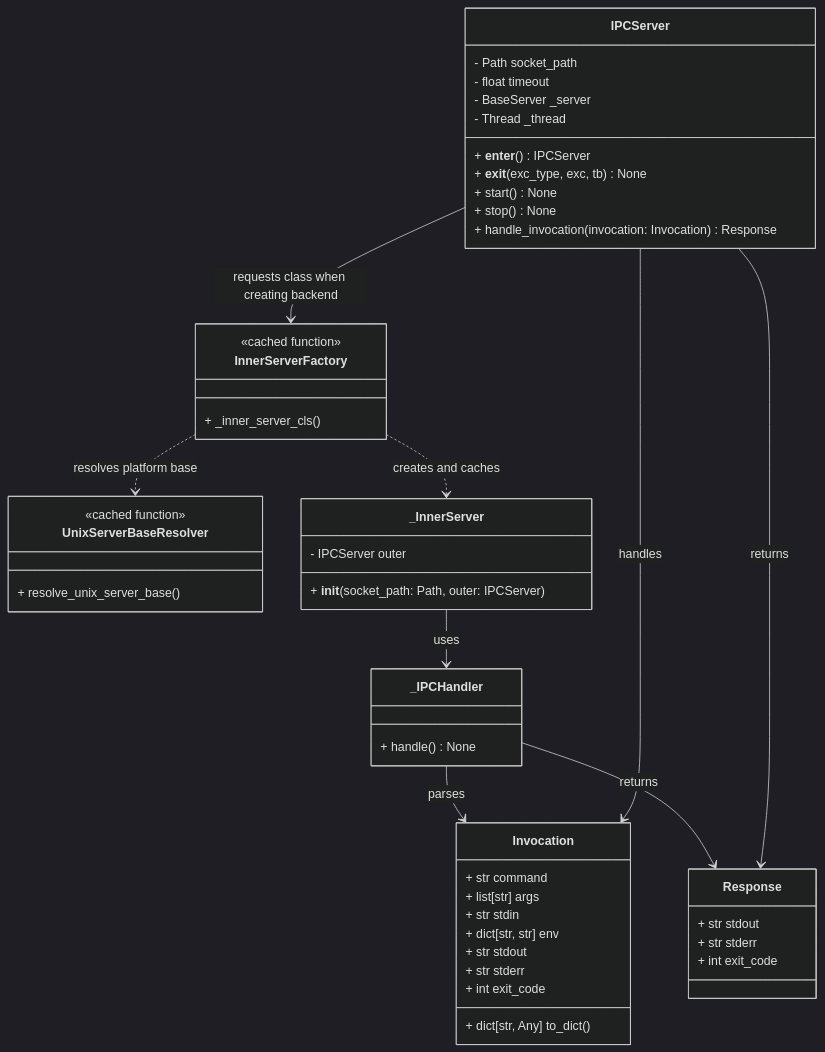
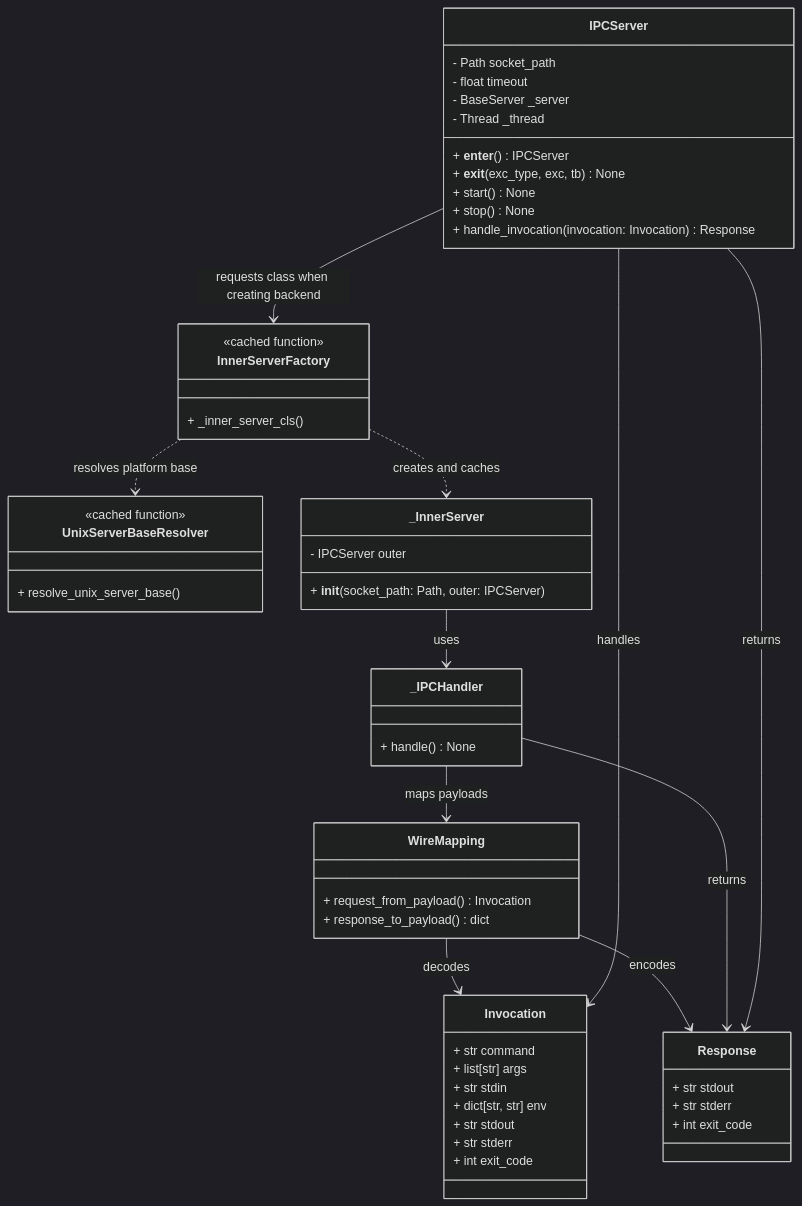
One commit to leynos/cmd-mox changed the ninth of 31 diagrams in docs/python-native-command-mocking-design.md. Above: the diagram before and after it, drawn with Mermaid (dark theme). The commit also changed other lines of this file and 3 other files, not shown here.

First line of the commit message:
Clarify domain and IPC architecture

````diff
--- a/docs/python-native-command-mocking-design.md
+++ b/docs/python-native-command-mocking-design.md
@@ -948,52 +982,57 @@
 ```mermaid
 classDiagram
     class IPCServer {
         - Path socket_path
         - float timeout
         - BaseServer _server
         - Thread _thread
         + __enter__() IPCServer
         + __exit__(exc_type, exc, tb) None
         + start() None
         + stop() None
         + handle_invocation(invocation: Invocation) Response
     }
     class InnerServerFactory {
         <<cached function>>
         + _inner_server_cls()
     }
     class UnixServerBaseResolver {
         <<cached function>>
         + resolve_unix_server_base()
     }
     class _InnerServer {
         - IPCServer outer
         + __init__(socket_path: Path, outer: IPCServer)
     }
     class _IPCHandler {
         + handle() None
     }
     class Invocation {
         + str command
         + list[str] args
         + str stdin
         + dict[str, str] env
         + str stdout
         + str stderr
         + int exit_code
-        + dict[str, Any] to_dict()
     }
     class Response {
         + str stdout
         + str stderr
         + int exit_code
     }
     IPCServer --> InnerServerFactory : requests class when creating backend
     InnerServerFactory ..> UnixServerBaseResolver : resolves platform base
     InnerServerFactory ..> _InnerServer : creates and caches
     _InnerServer --> _IPCHandler : uses
-    _IPCHandler --> Invocation : parses
+    class WireMapping {
+        + request_from_payload() Invocation
+        + response_to_payload() dict
+    }
+    _IPCHandler --> WireMapping : maps payloads
+    WireMapping --> Invocation : decodes
+    WireMapping --> Response : encodes
     _IPCHandler --> Response : returns
     IPCServer --> Invocation : handles
     IPCServer --> Response : returns
 ```
````
